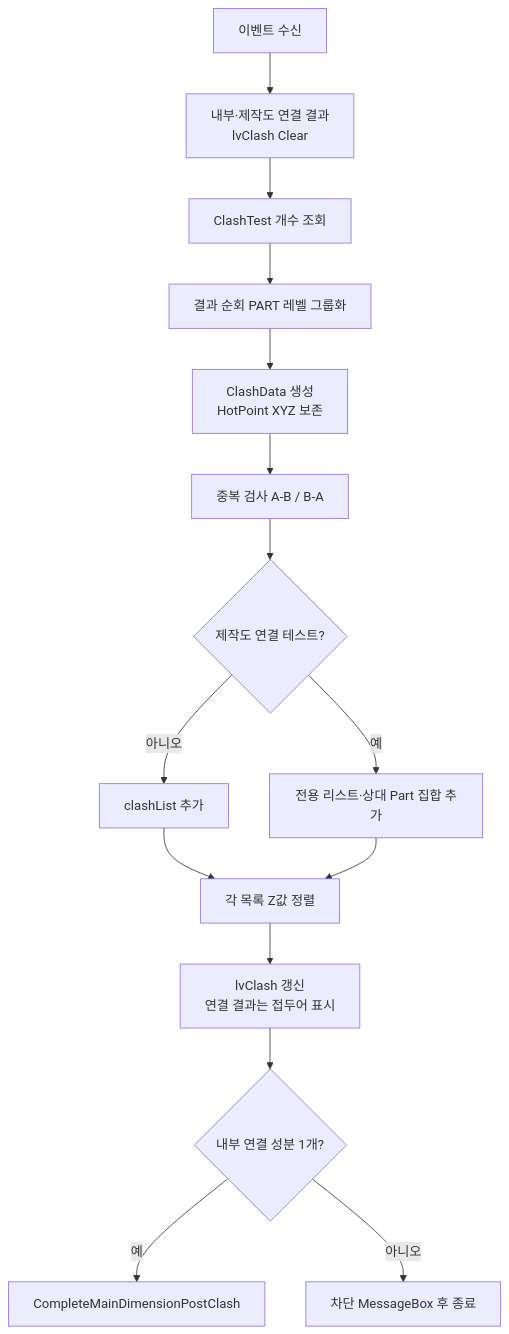
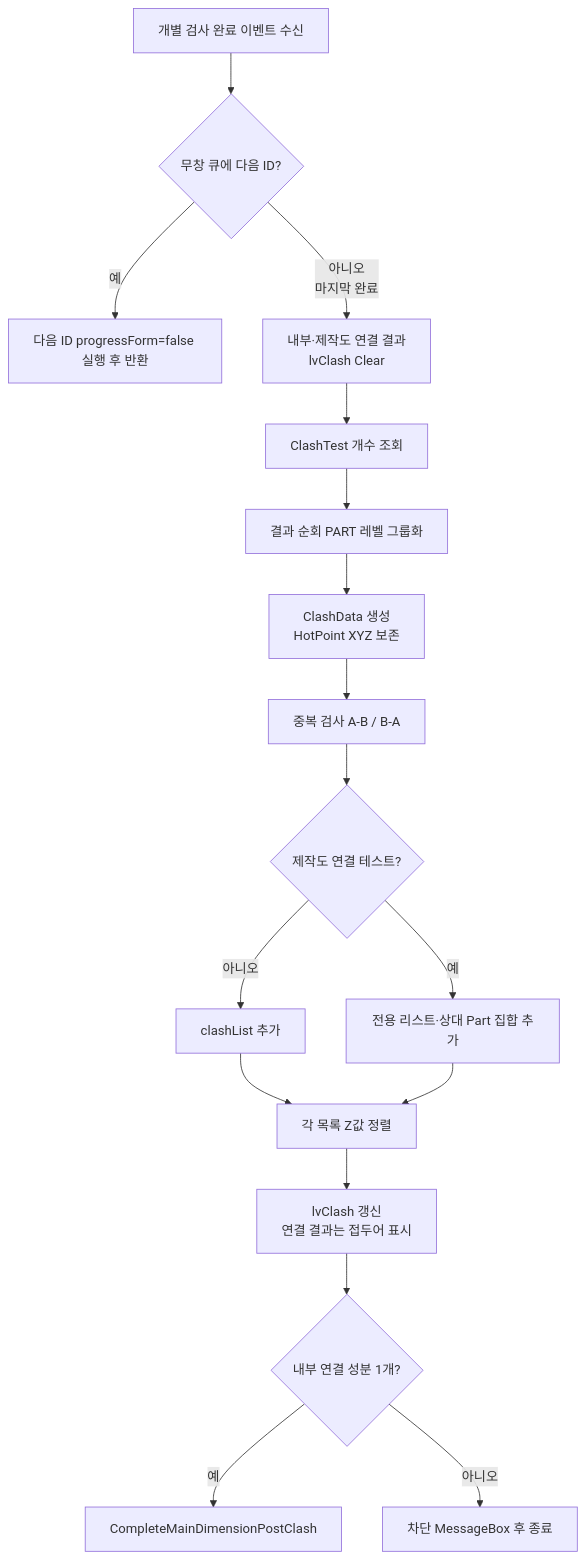
The diagram in docs/기능/간섭검사/간섭검사 완료 이벤트.md (uuuuj/a2z), drawn with Mermaid before and after one commit. The commit also changed other lines of this file and 6 other files, not shown here.

````diff
--- a/docs/기능/간섭검사/간섭검사 완료 이벤트.md
+++ b/docs/기능/간섭검사/간섭검사 완료 이벤트.md
@@ -29,17 +29,19 @@
 ```mermaid
 flowchart TD
-    A[이벤트 수신] --> B[내부·제작도 연결 결과<br/>lvClash Clear]
+    A[개별 검사 완료 이벤트 수신] --> A1{무창 큐에 다음 ID?}
+    A1 -- 예 --> A2[다음 ID progressForm=false 실행 후 반환]
+    A1 -- 아니오<br/>마지막 완료 --> B[내부·제작도 연결 결과<br/>lvClash Clear]
     B --> C[ClashTest 개수 조회]
     C --> D[결과 순회 PART 레벨 그룹화]
     D --> E[ClashData 생성<br/>HotPoint XYZ 보존]
     E --> F[중복 검사 A-B / B-A]
     F --> G{제작도 연결 테스트?}
     G -- 아니오 --> H[clashList 추가]
     G -- 예 --> I[전용 리스트·상대 Part 집합 추가]
     H --> J[각 목록 Z값 정렬]
     I --> J
     J --> K[lvClash 갱신<br/>연결 결과는 접두어 표시]
     K --> L{내부 연결 성분 1개?}
     L -- 예 --> M[CompleteMainDimensionPostClash]
     L -- 아니오 --> N[차단 MessageBox 후 종료]
 ```
````
